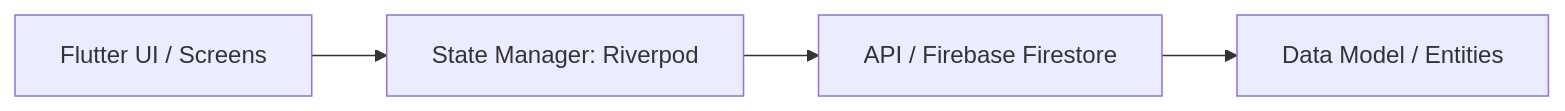
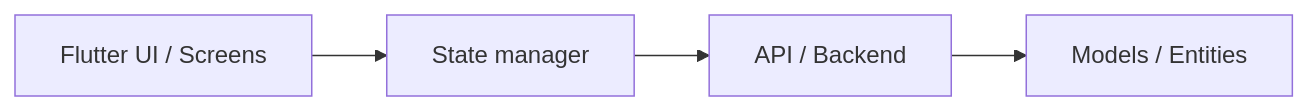
The diagram in knowledge/architecture.md (Agent-Rules-Ecosystem/backend-auth-oauth-agent-skill), drawn with Mermaid before and after one commit. The commit also changed other lines of this file and 28 other files, not shown here.

````diff
--- a/knowledge/architecture.md
+++ b/knowledge/architecture.md
@@ -8,6 +5,6 @@
 ```mermaid
 graph LR
-    UI[Flutter UI / Screens] --> Controller[State Manager: Riverpod]
-    Controller --> Service[API / Firebase Firestore]
-    Service --> Model[Data Model / Entities]
+    UI[Flutter UI / Screens] --> State[State manager]
+    State --> Service[API / Backend]
+    Service --> Model[Models / Entities]
 ```
````
